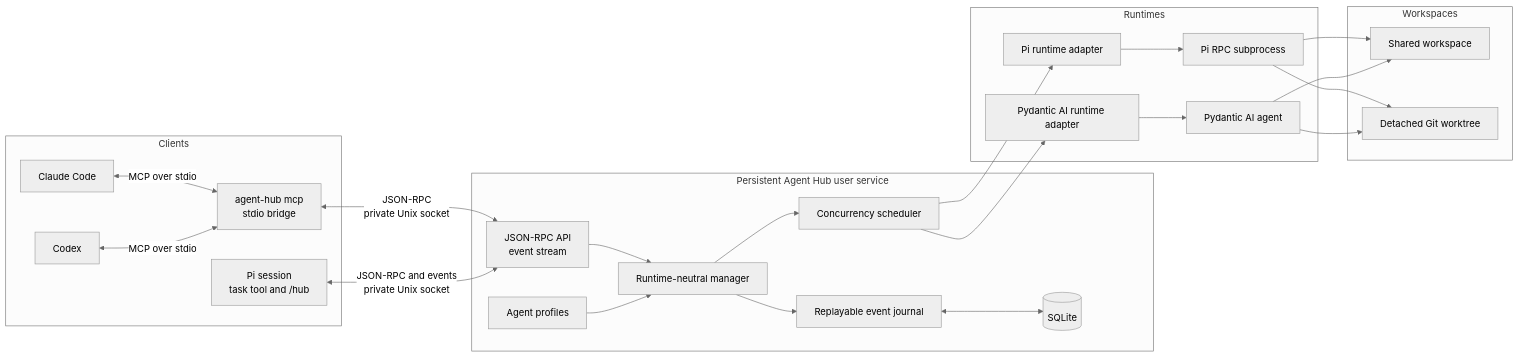
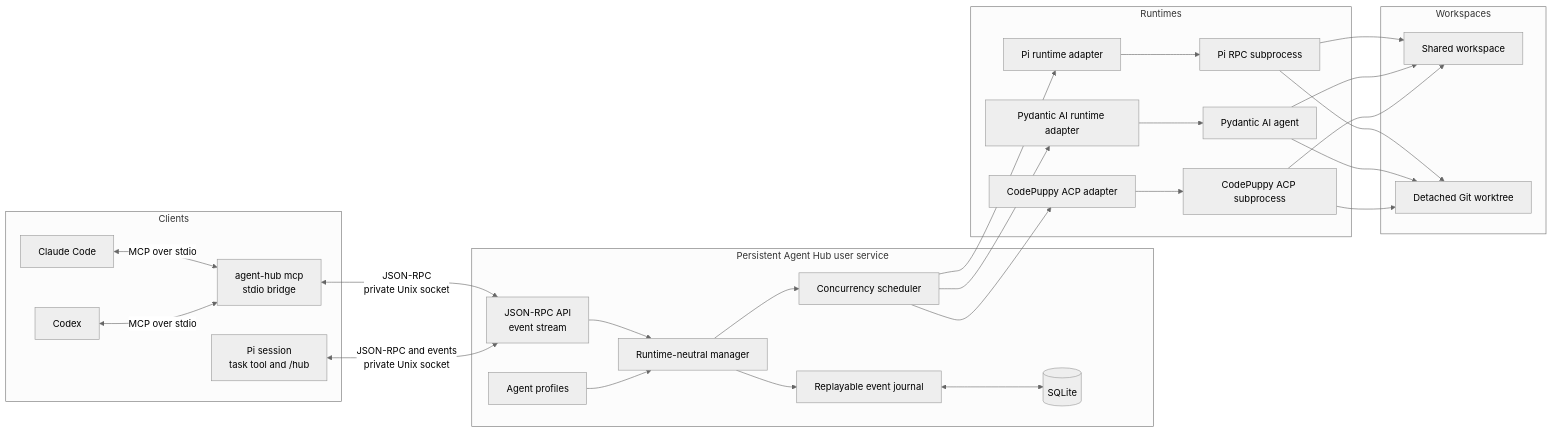
Before and after one commit to Kludex/agent-hub: the diagram in README.md, drawn with Mermaid (neutral theme). The commit also changed other lines of this file and 16 other files, not shown here.

Commit message:
Add the CodePuppy ACP runtime

````diff
--- a/README.md
+++ b/README.md
@@ -7,48 +7,54 @@
 ```mermaid
 flowchart LR
     subgraph Clients
         PiSession["Pi session<br/>task tool and /hub"]
         Claude["Claude Code"]
         Codex["Codex"]
         MCP["agent-hub mcp<br/>stdio bridge"]
     end
 
     subgraph Hub["Persistent Agent Hub user service"]
         API["JSON-RPC API<br/>event stream"]
         Manager["Runtime-neutral manager"]
         Scheduler["Concurrency scheduler"]
         Journal["Replayable event journal"]
         Profiles["Agent profiles"]
         Database[("SQLite")]
     end
 
     subgraph Runtimes
         PiRuntime["Pi runtime adapter"]
         PydanticRuntime["Pydantic AI runtime adapter"]
+        CodePuppyRuntime["CodePuppy ACP adapter"]
         PiProcess["Pi RPC subprocess"]
         PydanticAgent["Pydantic AI agent"]
+        CodePuppyProcess["CodePuppy ACP subprocess"]
     end
 
     subgraph Workspaces
         Shared["Shared workspace"]
         Isolated["Detached Git worktree"]
     end
 
     Claude <-->|"MCP over stdio"| MCP
     Codex <-->|"MCP over stdio"| MCP
     MCP <-->|"JSON-RPC<br/>private Unix socket"| API
     PiSession <-->|"JSON-RPC and events<br/>private Unix socket"| API
     API --> Manager
     Profiles --> Manager
     Manager --> Scheduler
     Manager --> Journal
     Journal <--> Database
     Scheduler --> PiRuntime
     Scheduler --> PydanticRuntime
+    Scheduler --> CodePuppyRuntime
     PiRuntime --> PiProcess
     PydanticRuntime --> PydanticAgent
+    CodePuppyRuntime --> CodePuppyProcess
     PiProcess --> Shared
     PiProcess --> Isolated
     PydanticAgent --> Shared
     PydanticAgent --> Isolated
+    CodePuppyProcess --> Shared
+    CodePuppyProcess --> Isolated
 ```
````
